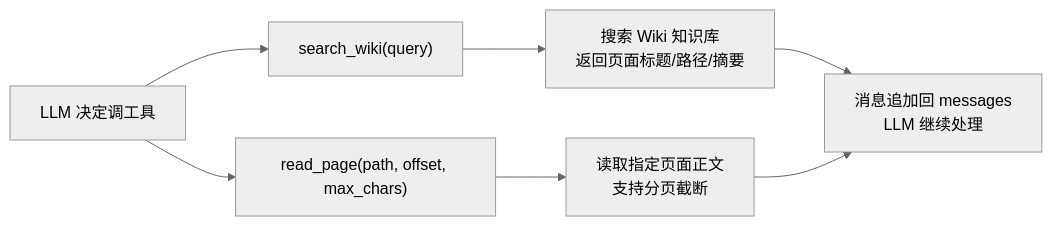
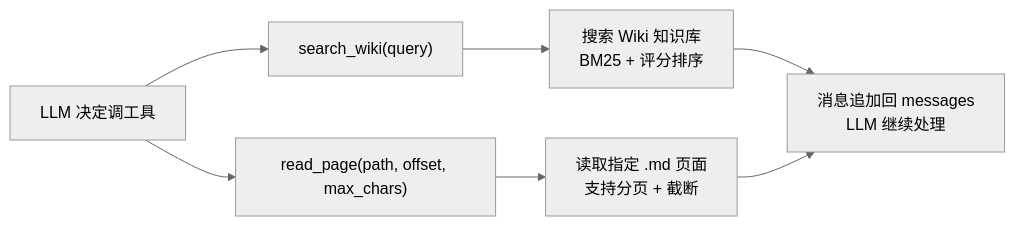
The seventh of 8 diagrams in docs/agent-architecture-diagrams.md (wuLa0702/llm_wiki_selfbuild), drawn with Mermaid (neutral theme) before and after one commit. The commit also changed other lines of this file, not shown here.

First line of the commit message:
docs(agent): 架构图更新至 v5 — 四层模块 + WM + Sink + 索引表

````diff
--- a/docs/agent-architecture-diagrams.md
+++ b/docs/agent-architecture-diagrams.md
@@ -377,14 +496,14 @@
 ```mermaid
 flowchart LR
     LLM["LLM 决定调工具"]
     LLM --> SEARCH["search_wiki(query)"]
     LLM --> READ["read_page(path, offset, max_chars)"]
 
-    SEARCH --> SEARCH_RES["搜索 Wiki 知识库<br/>返回页面标题/路径/摘要"]
-    READ --> READ_RES["读取指定页面正文<br/>支持分页截断"]
+    SEARCH --> SEARCH_RES["搜索 Wiki 知识库<br/>BM25 + 评分排序"]
+    READ --> READ_RES["读取指定 .md 页面<br/>支持分页 + 截断"]
 
     SEARCH_RES --> AGENT
     READ_RES --> AGENT
 
     AGENT["消息追加回 messages<br/>LLM 继续处理"]
 ```
````
